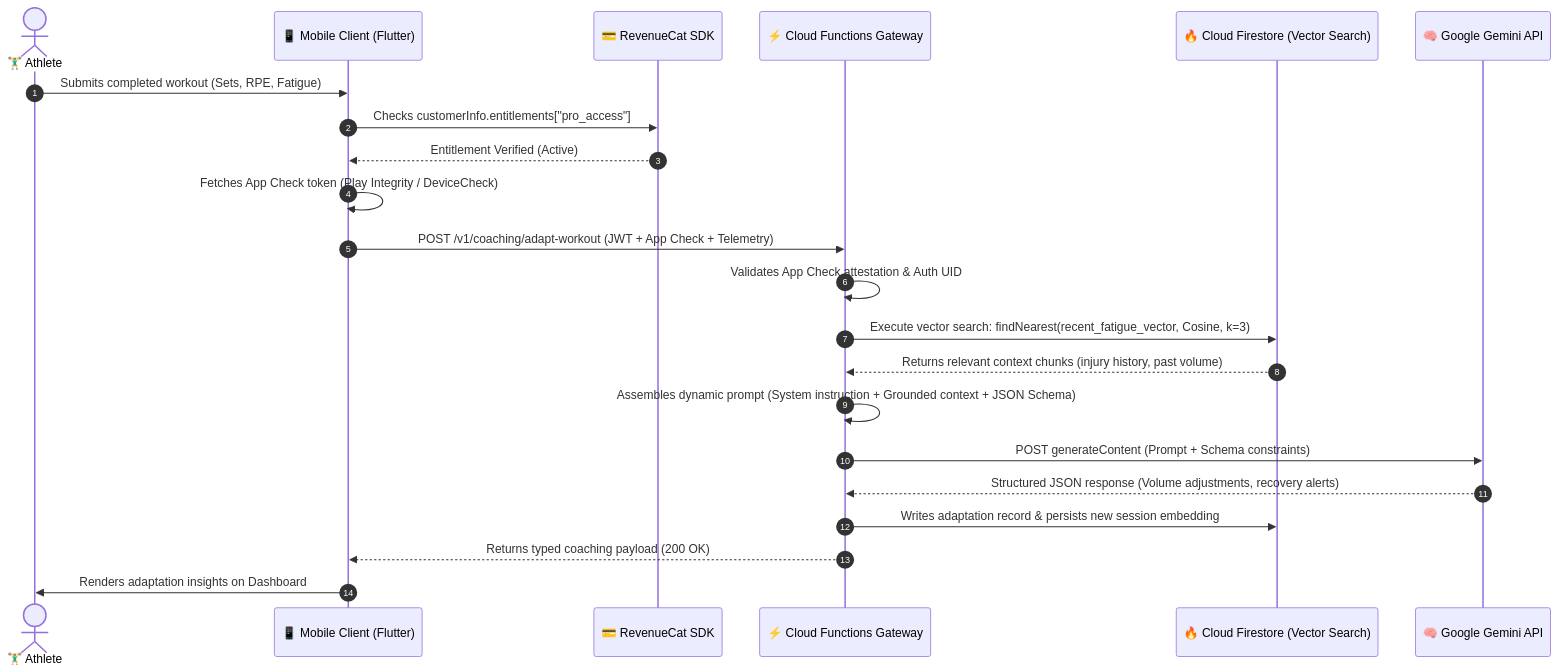
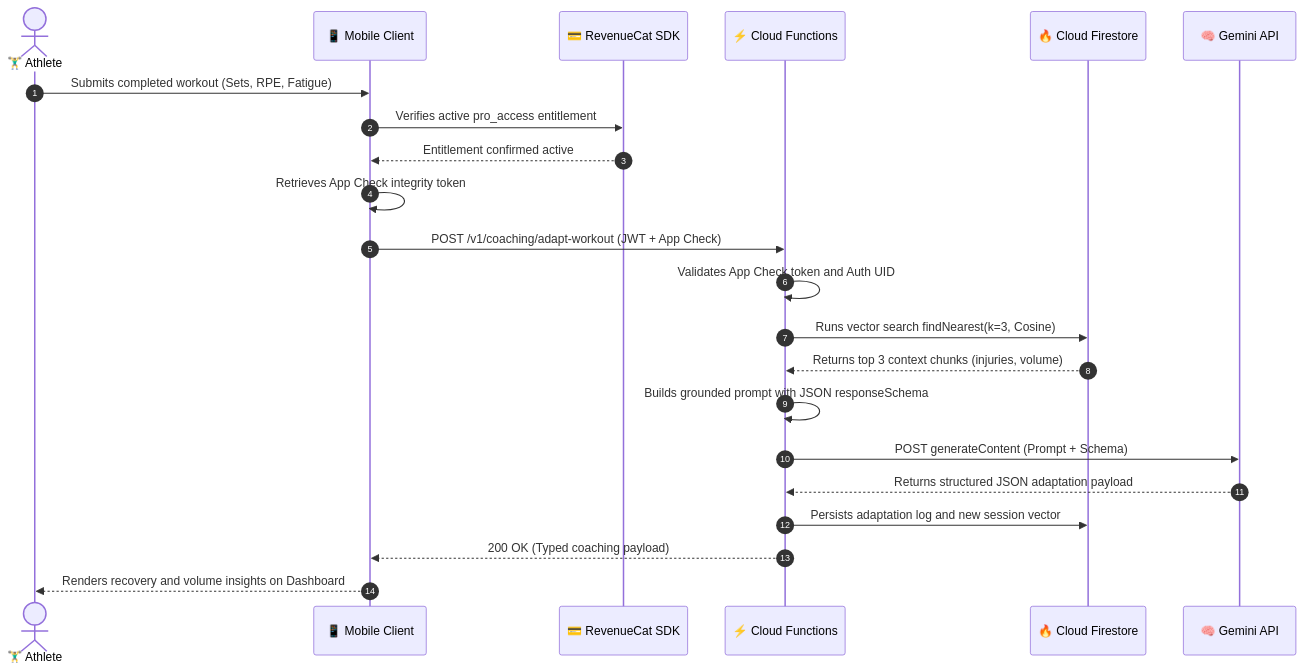
Before and after one commit to JackBros/pro-ai-coaching-architecture: the sixth of 7 diagrams in README.md, drawn with Mermaid. The commit also changed other lines of this file, not shown here.

````diff
--- a/README.md
+++ b/README.md
@@ -303,30 +358,29 @@
 ```mermaid
 sequenceDiagram
     autonumber
     actor Athlete as 🏋️‍♂️ Athlete
-    participant App as 📱 Mobile Client (Flutter)
+    participant App as 📱 Mobile Client
     participant RC as 💳 RevenueCat SDK
-    participant Gateway as ⚡ Cloud Functions Gateway
-    participant Firestore as 🔥 Cloud Firestore (Vector Search)
-    participant Gemini as 🧠 Google Gemini API
+    participant Gateway as ⚡ Cloud Functions
+    participant Firestore as 🔥 Cloud Firestore
+    participant Gemini as 🧠 Gemini API
 
     Athlete->>App: Submits completed workout (Sets, RPE, Fatigue)
-    App->>RC: Checks customerInfo.entitlements["pro_access"]
-    RC-->>App: Entitlement Verified (Active)
-    
-    App->>App: Fetches App Check token (Play Integrity / DeviceCheck)
-    App->>Gateway: POST /v1/coaching/adapt-workout (JWT + App Check + Telemetry)
-    
-    Gateway->>Gateway: Validates App Check attestation & Auth UID
-    Gateway->>Firestore: Execute vector search: findNearest(recent_fatigue_vector, Cosine, k=3)
-    Firestore-->>Gateway: Returns relevant context chunks (injury history, past volume)
-    
-    Gateway->>Gateway: Assembles dynamic prompt (System instruction + Grounded context + JSON Schema)
-    Gateway->>Gemini: POST generateContent (Prompt + Schema constraints)
-    Gemini-->>Gateway: Structured JSON response (Volume adjustments, recovery alerts)
-    
-    Gateway->>Firestore: Writes adaptation record & persists new session embedding
-    Gateway-->>App: Returns typed coaching payload (200 OK)
-    App->>Athlete: Renders adaptation insights on Dashboard
+    App->>RC: Verifies active pro_access entitlement
+    RC-->>App: Entitlement confirmed active
 
+    App->>App: Retrieves App Check integrity token
+    App->>Gateway: POST /v1/coaching/adapt-workout (JWT + App Check)
+
+    Gateway->>Gateway: Validates App Check token and Auth UID
+    Gateway->>Firestore: Runs vector search findNearest(k=3, Cosine)
+    Firestore-->>Gateway: Returns top 3 context chunks (injuries, volume)
+
+    Gateway->>Gateway: Builds grounded prompt with JSON responseSchema
+    Gateway->>Gemini: POST generateContent (Prompt + Schema)
+    Gemini-->>Gateway: Returns structured JSON adaptation payload
+
+    Gateway->>Firestore: Persists adaptation log and new session vector
+    Gateway-->>App: 200 OK (Typed coaching payload)
+    App-->>Athlete: Renders recovery and volume insights on Dashboard
 ```
````
